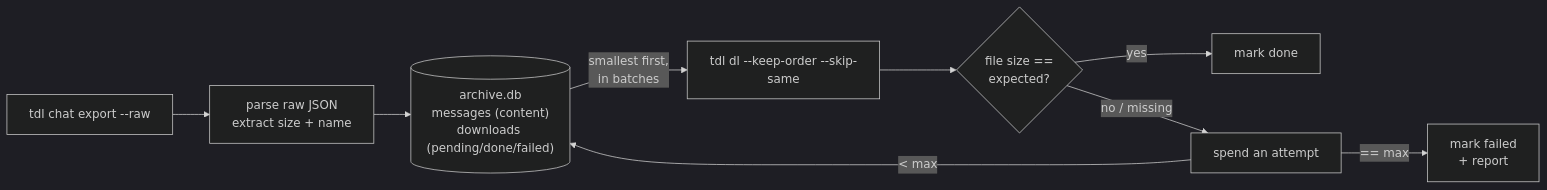
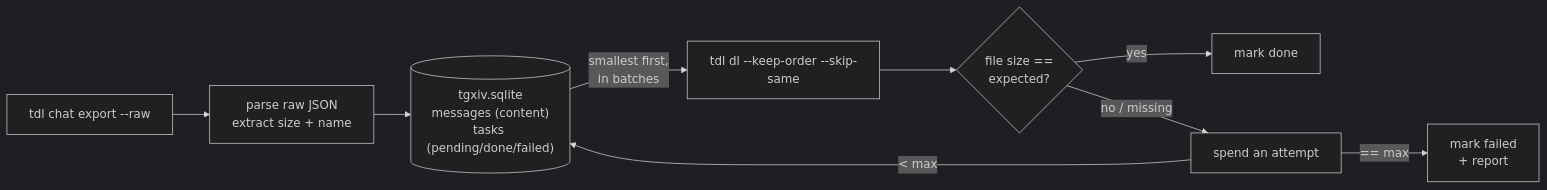
Before and after one commit to myl7/tgxiv: the diagram in README.md, drawn with Mermaid (dark theme). The commit also changed other lines of this file, not shown here.

Commit message:
doc: Rewrite the README for the multi-dialog archive root

````diff
--- a/README.md
+++ b/README.md
@@ -67,11 +74,11 @@
 ```mermaid
 flowchart LR
   A["tdl chat export --raw"] --> B["parse raw JSON<br/>extract size + name"]
-  B --> C[("archive.db<br/>messages (content)<br/>downloads (pending/done/failed)")]
+  B --> C[("tgxiv.sqlite<br/>messages (content)<br/>tasks (pending/done/failed)")]
   C -->|"smallest first,<br/>in batches"| D["tdl dl --keep-order --skip-same"]
   D --> E{"file size ==<br/>expected?"}
   E -->|yes| F["mark done"]
   E -->|"no / missing"| G["spend an attempt"]
   G -->|"< max"| C
   G -->|"== max"| H["mark failed<br/>+ report"]
 ```
````
